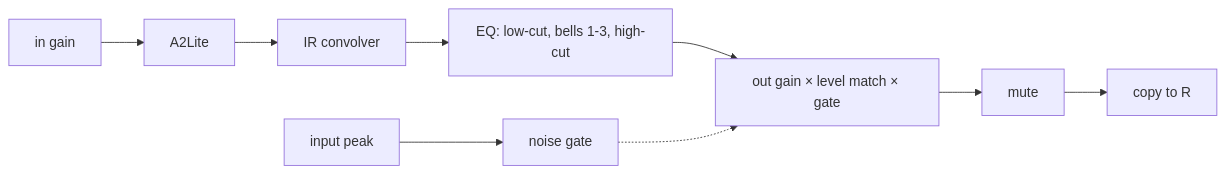
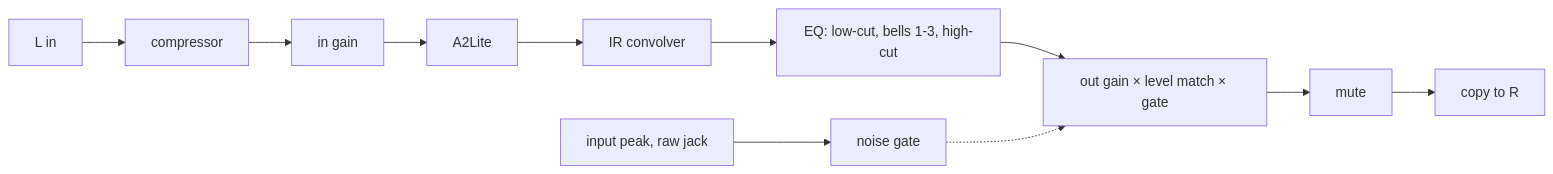
One commit to jimbattin/ducky changed the diagram in docs/FILTERS.md. Above: the diagram before and after it, drawn with Mermaid. The commit also changed other lines of this file and 37 other files, not shown here.

````diff
--- a/docs/FILTERS.md
+++ b/docs/FILTERS.md
@@ -9,5 +9,5 @@
 ```mermaid
 graph LR
-  IN[in gain] --> NAM[A2Lite] --> IR[IR convolver] --> EQ[EQ: low-cut, bells 1-3, high-cut] --> OUT[out gain × level match × gate] --> M[mute] --> R[copy to R]
-  JACK[input peak] --> G[noise gate] -.-> OUT
+  JIN[L in] --> C[compressor] --> IN[in gain] --> NAM[A2Lite] --> IR[IR convolver] --> EQ[EQ: low-cut, bells 1-3, high-cut] --> OUT[out gain × level match × gate] --> M[mute] --> R[copy to R]
+  JACK[input peak, raw jack] --> G[noise gate] -.-> OUT
 ```
````
